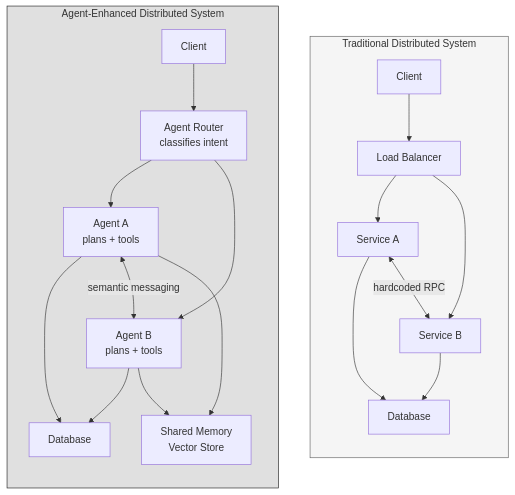
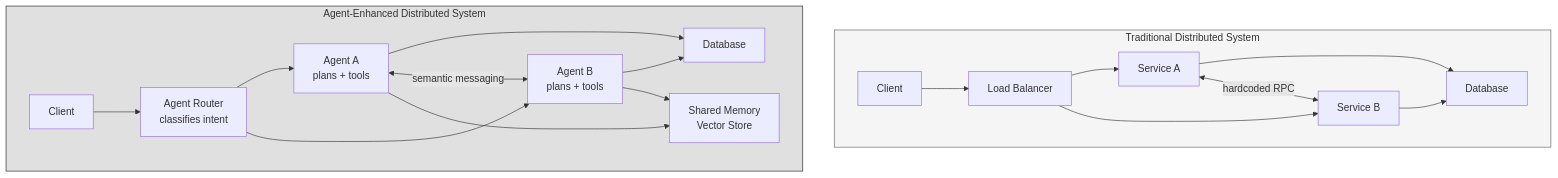
The second of 7 diagrams in docs/posts/03-agents-in-distributed-systems.md (Shekharrajak/agent-design-patterns), drawn with Mermaid before and after one commit. The commit also changed 7 other files, not shown here.

Commit message:
fix: resolve Mermaid rendering issues across all chapters

````diff
--- a/docs/posts/03-agents-in-distributed-systems.md
+++ b/docs/posts/03-agents-in-distributed-systems.md
@@ -42,27 +42,25 @@
 ```mermaid
 graph TB
     subgraph TRADITIONAL["Traditional Distributed System"]
-        direction TB
         TC["Client"] --> TLB["Load Balancer"]
         TLB --> TS1["Service A"]
         TLB --> TS2["Service B"]
         TS1 --> TDB["Database"]
         TS2 --> TDB
         TS1 <-->|"hardcoded RPC"| TS2
     end
 
     subgraph AGENTIC["Agent-Enhanced Distributed System"]
-        direction TB
         AC["Client"] --> AR["Agent Router<br/>classifies intent"]
         AR --> AA1["Agent A<br/>plans + tools"]
         AR --> AA2["Agent B<br/>plans + tools"]
         AA1 --> ADB["Database"]
         AA2 --> ADB
         AA1 <-->|"semantic messaging"| AA2
         AA1 --> AMEM["Shared Memory<br/>Vector Store"]
         AA2 --> AMEM
     end
 
     style TRADITIONAL fill:#f5f5f5,stroke:#616161
     style AGENTIC fill:#e0e0e0,stroke:#212121
 ```
````
